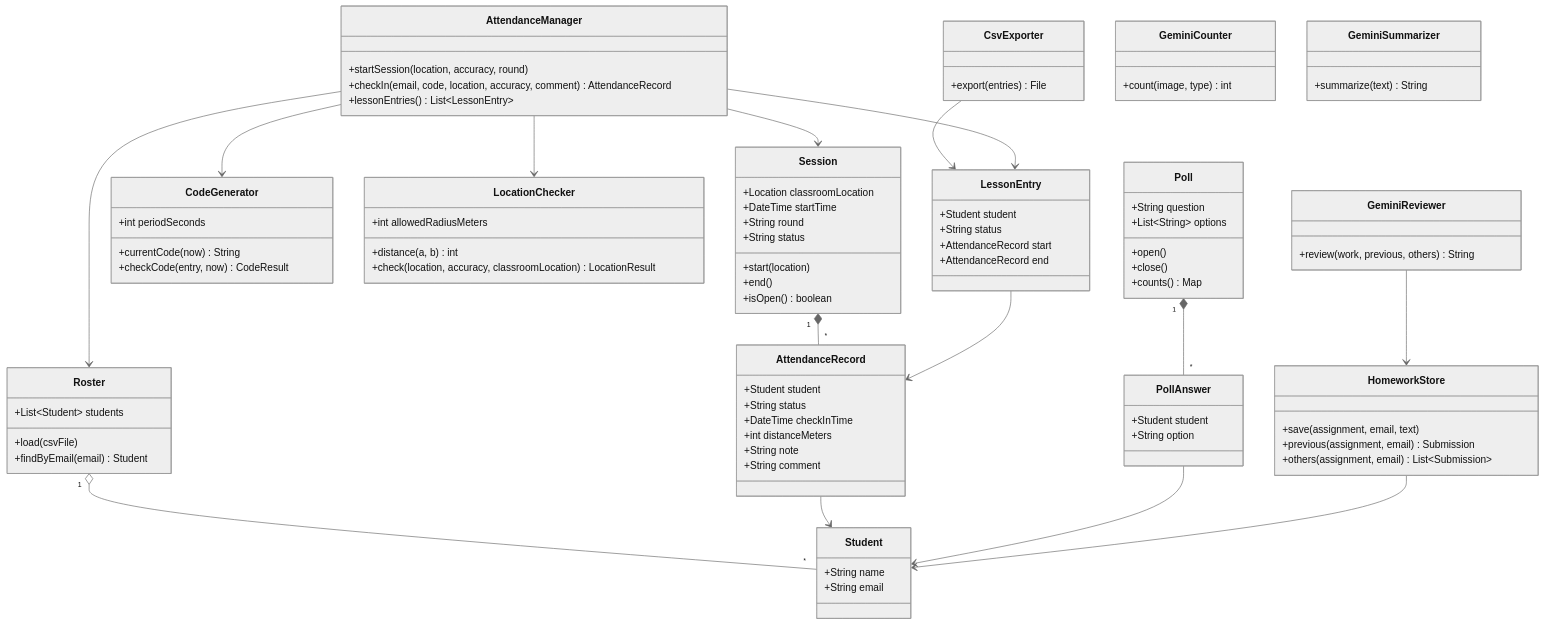
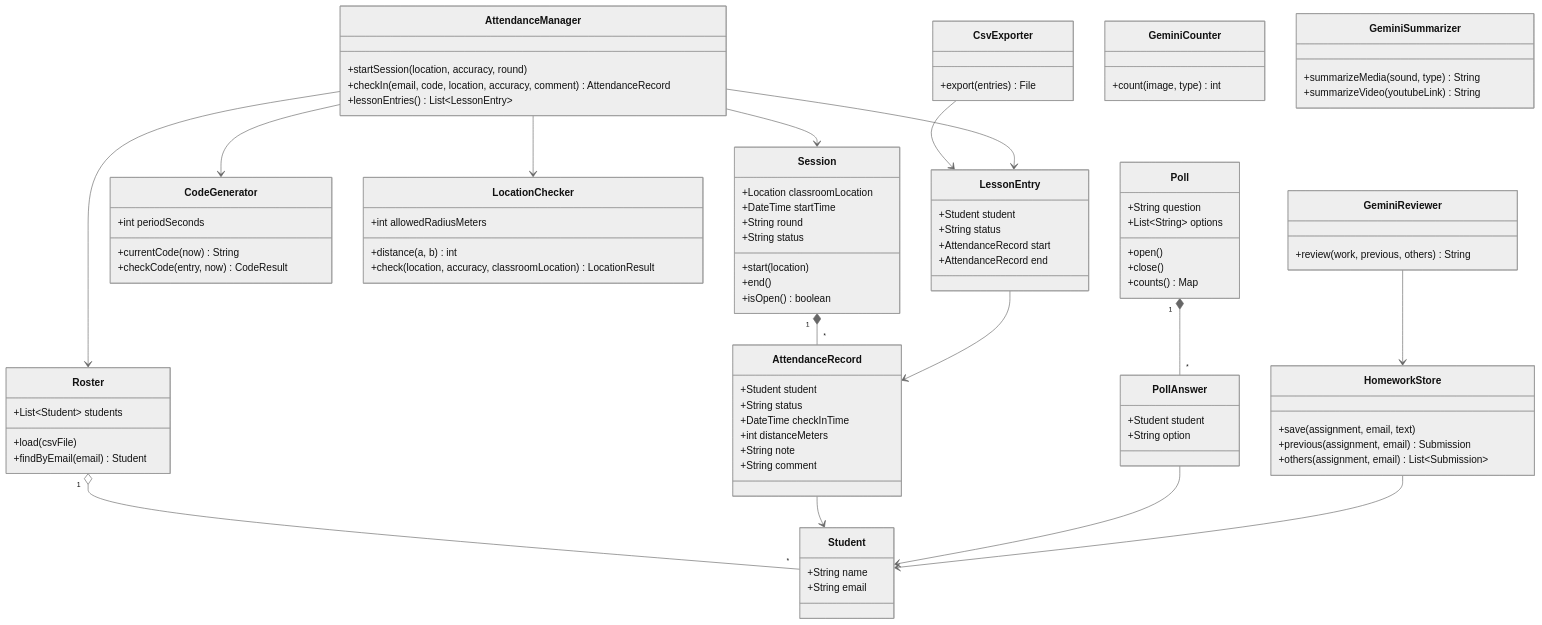
Before and after one commit to Maycaspi110/Class_Attendance: the first of 6 diagrams in diagrams.md, drawn with Mermaid (neutral theme). The commit also changed other lines of this file and 9 other files, not shown here.

```diff
--- a/diagrams.md
+++ b/diagrams.md
@@ -75,7 +75,8 @@
     +count(image, type) int
   }
   class GeminiSummarizer {
-    +summarize(text) String
+    +summarizeMedia(sound, type) String
+    +summarizeVideo(youtubeLink) String
   }
   class HomeworkStore {
     +save(assignment, email, text)
```
